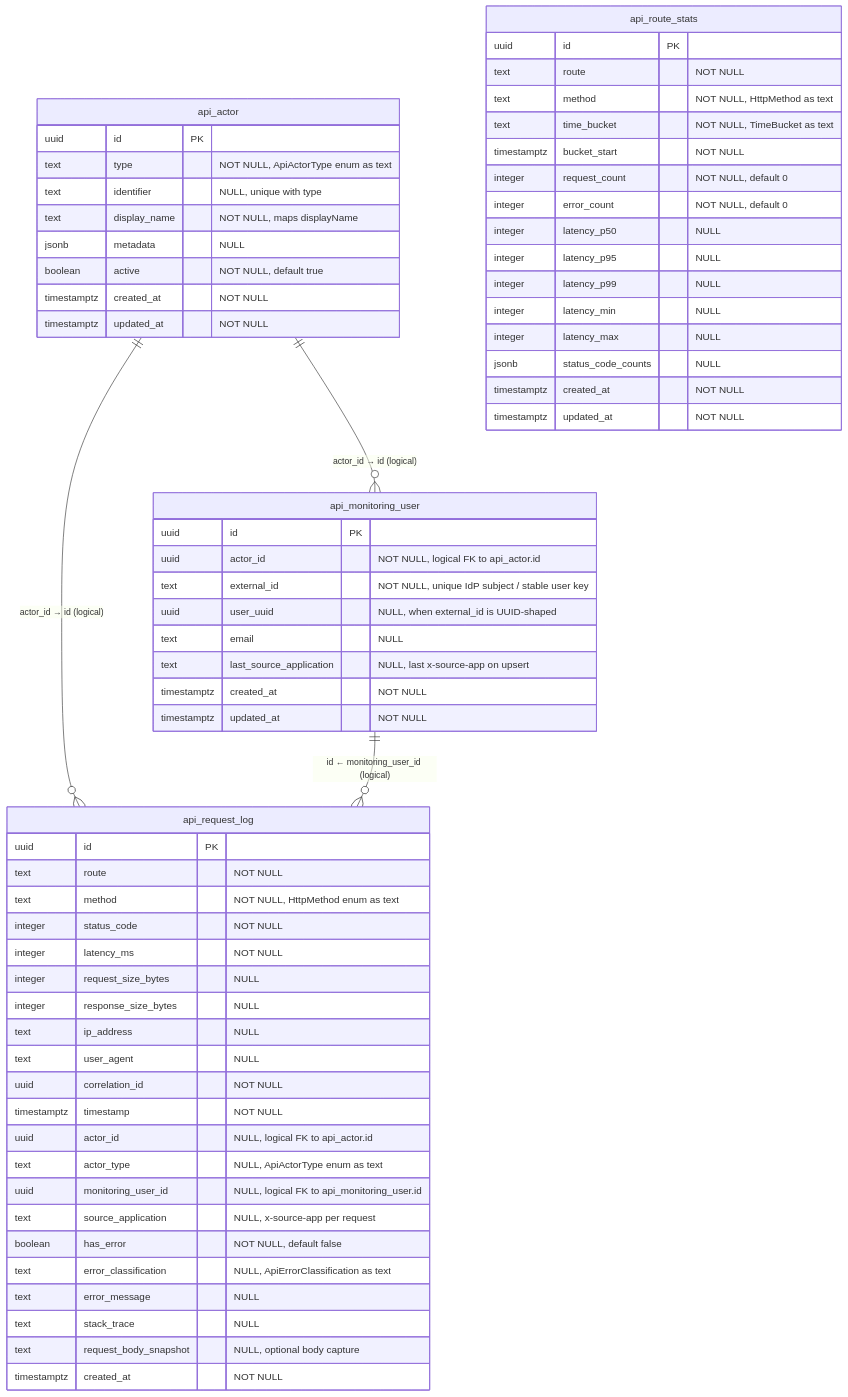
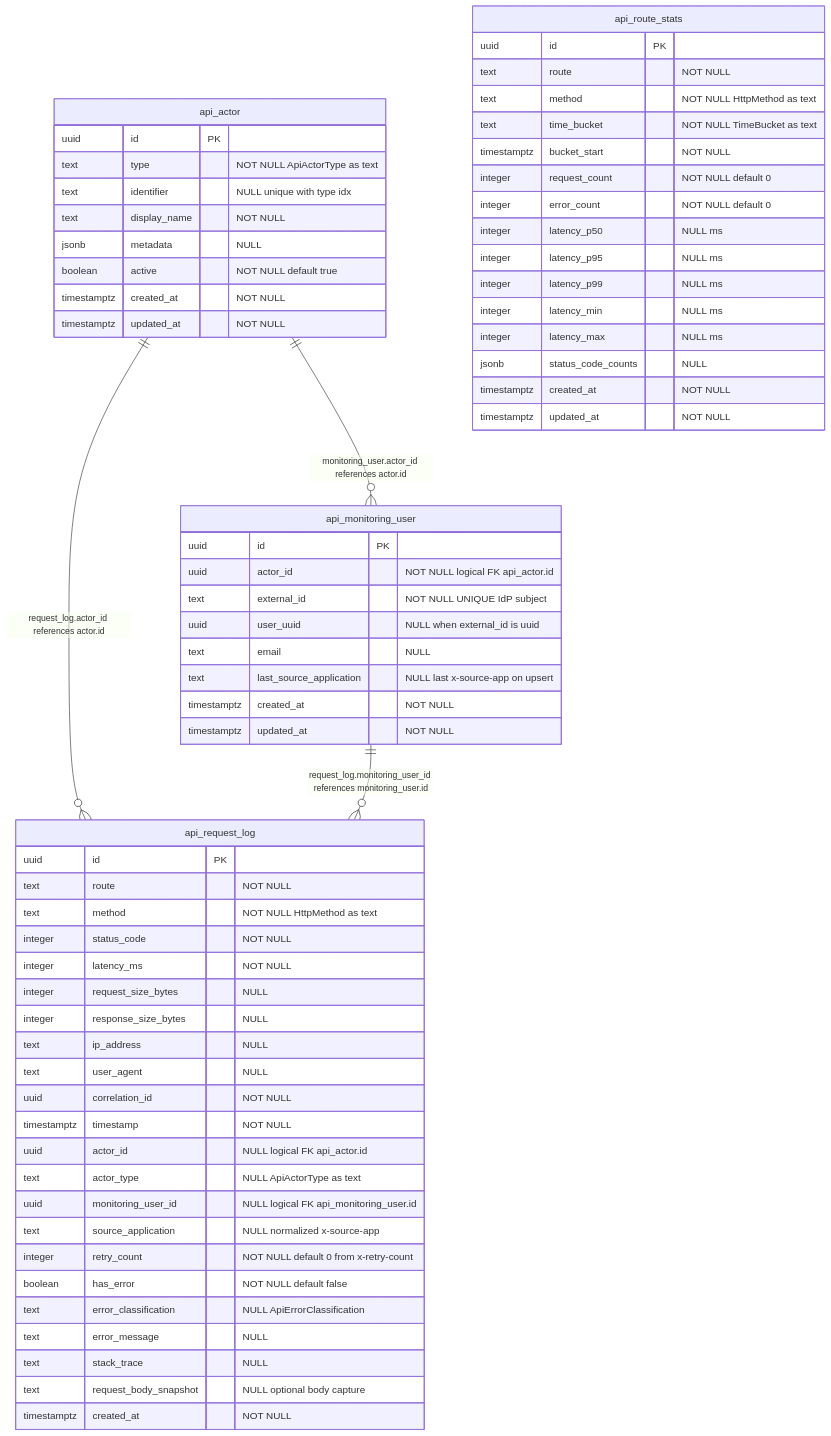
One commit to avinoorsingh-exp/refactored-api-interceptor changed the diagram in packages/api-monitoring/docs/api-monitoring.md. Above: the diagram before and after it, drawn with Mermaid. The commit also changed other lines of this file and 2 other files, not shown here.

Commit message:
retry attribute added

````diff
--- a/packages/api-monitoring/docs/api-monitoring.md
+++ b/packages/api-monitoring/docs/api-monitoring.md
@@ -36,70 +45,71 @@
 ```mermaid
 erDiagram
   api_actor {
     uuid id PK
-    text type "NOT NULL, ApiActorType enum as text"
-    text identifier "NULL, unique with type"
-    text display_name "NOT NULL, maps displayName"
+    text type "NOT NULL ApiActorType as text"
+    text identifier "NULL unique with type idx"
+    text display_name "NOT NULL"
     jsonb metadata "NULL"
-    boolean active "NOT NULL, default true"
+    boolean active "NOT NULL default true"
     timestamptz created_at "NOT NULL"
     timestamptz updated_at "NOT NULL"
   }
 
   api_monitoring_user {
     uuid id PK
-    uuid actor_id "NOT NULL, logical FK to api_actor.id"
-    text external_id "NOT NULL, unique IdP subject / stable user key"
-    uuid user_uuid "NULL, when external_id is UUID-shaped"
+    uuid actor_id "NOT NULL logical FK api_actor.id"
+    text external_id "NOT NULL UNIQUE IdP subject"
+    uuid user_uuid "NULL when external_id is uuid"
     text email "NULL"
-    text last_source_application "NULL, last x-source-app on upsert"
+    text last_source_application "NULL last x-source-app on upsert"
     timestamptz created_at "NOT NULL"
     timestamptz updated_at "NOT NULL"
   }
 
   api_request_log {
     uuid id PK
     text route "NOT NULL"
-    text method "NOT NULL, HttpMethod enum as text"
+    text method "NOT NULL HttpMethod as text"
     integer status_code "NOT NULL"
     integer latency_ms "NOT NULL"
     integer request_size_bytes "NULL"
     integer response_size_bytes "NULL"
     text ip_address "NULL"
     text user_agent "NULL"
     uuid correlation_id "NOT NULL"
     timestamptz timestamp "NOT NULL"
-    uuid actor_id "NULL, logical FK to api_actor.id"
-    text actor_type "NULL, ApiActorType enum as text"
-    uuid monitoring_user_id "NULL, logical FK to api_monitoring_user.id"
-    text source_application "NULL, x-source-app per request"
-    boolean has_error "NOT NULL, default false"
-    text error_classification "NULL, ApiErrorClassification as text"
+    uuid actor_id "NULL logical FK api_actor.id"
+    text actor_type "NULL ApiActorType as text"
+    uuid monitoring_user_id "NULL logical FK api_monitoring_user.id"
+    text source_application "NULL normalized x-source-app"
+    integer retry_count "NOT NULL default 0 from x-retry-count"
+    boolean has_error "NOT NULL default false"
+    text error_classification "NULL ApiErrorClassification"
     text error_message "NULL"
     text stack_trace "NULL"
-    text request_body_snapshot "NULL, optional body capture"
+    text request_body_snapshot "NULL optional body capture"
     timestamptz created_at "NOT NULL"
   }
 
   api_route_stats {
     uuid id PK
     text route "NOT NULL"
-    text method "NOT NULL, HttpMethod as text"
-    text time_bucket "NOT NULL, TimeBucket as text"
+    text method "NOT NULL HttpMethod as text"
+    text time_bucket "NOT NULL TimeBucket as text"
     timestamptz bucket_start "NOT NULL"
-    integer request_count "NOT NULL, default 0"
-    integer error_count "NOT NULL, default 0"
-    integer latency_p50 "NULL"
-    integer latency_p95 "NULL"
-    integer latency_p99 "NULL"
-    integer latency_min "NULL"
-    integer latency_max "NULL"
+    integer request_count "NOT NULL default 0"
+    integer error_count "NOT NULL default 0"
+    integer latency_p50 "NULL ms"
+    integer latency_p95 "NULL ms"
+    integer latency_p99 "NULL ms"
+    integer latency_min "NULL ms"
+    integer latency_max "NULL ms"
     jsonb status_code_counts "NULL"
     timestamptz created_at "NOT NULL"
     timestamptz updated_at "NOT NULL"
   }
 
-  api_actor ||--o{ api_monitoring_user : "actor_id → id (logical)"
-  api_actor ||--o{ api_request_log : "actor_id → id (logical)"
-  api_monitoring_user ||--o{ api_request_log : "id ← monitoring_user_id (logical)"
+  api_actor ||--o{ api_monitoring_user : "monitoring_user.actor_id references actor.id"
+  api_actor ||--o{ api_request_log : "request_log.actor_id references actor.id"
+  api_monitoring_user ||--o{ api_request_log : "request_log.monitoring_user_id references monitoring_user.id"
 ```
````
